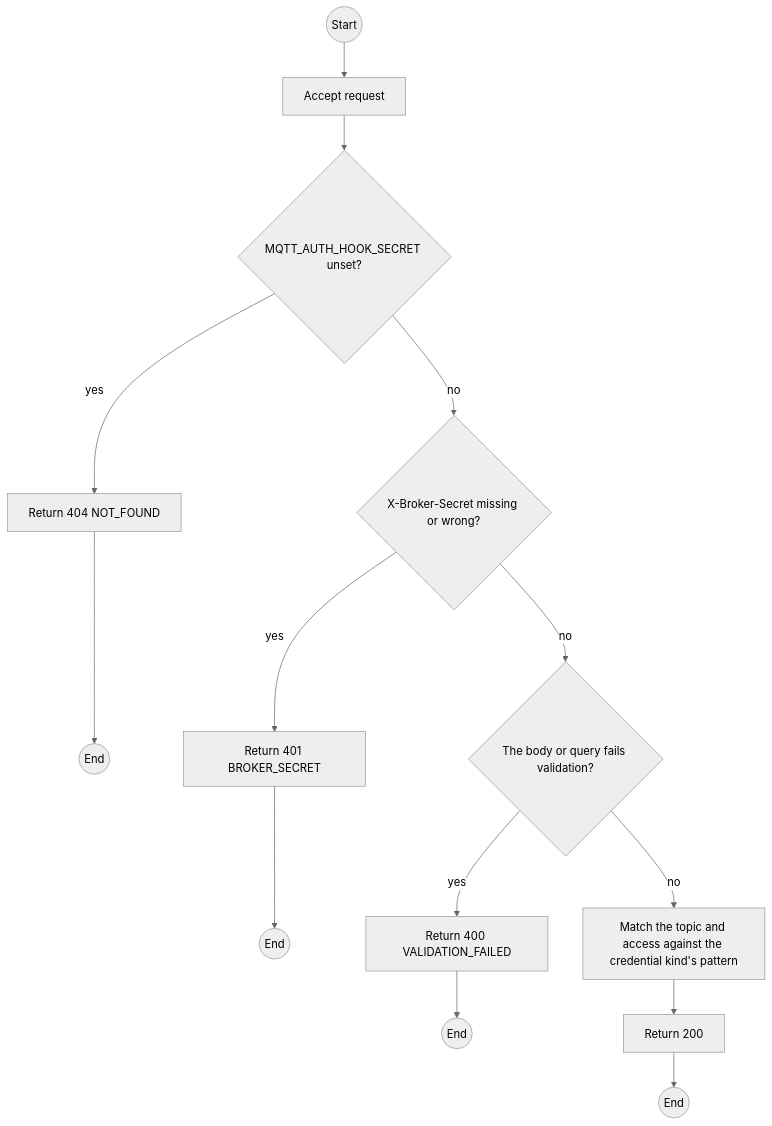
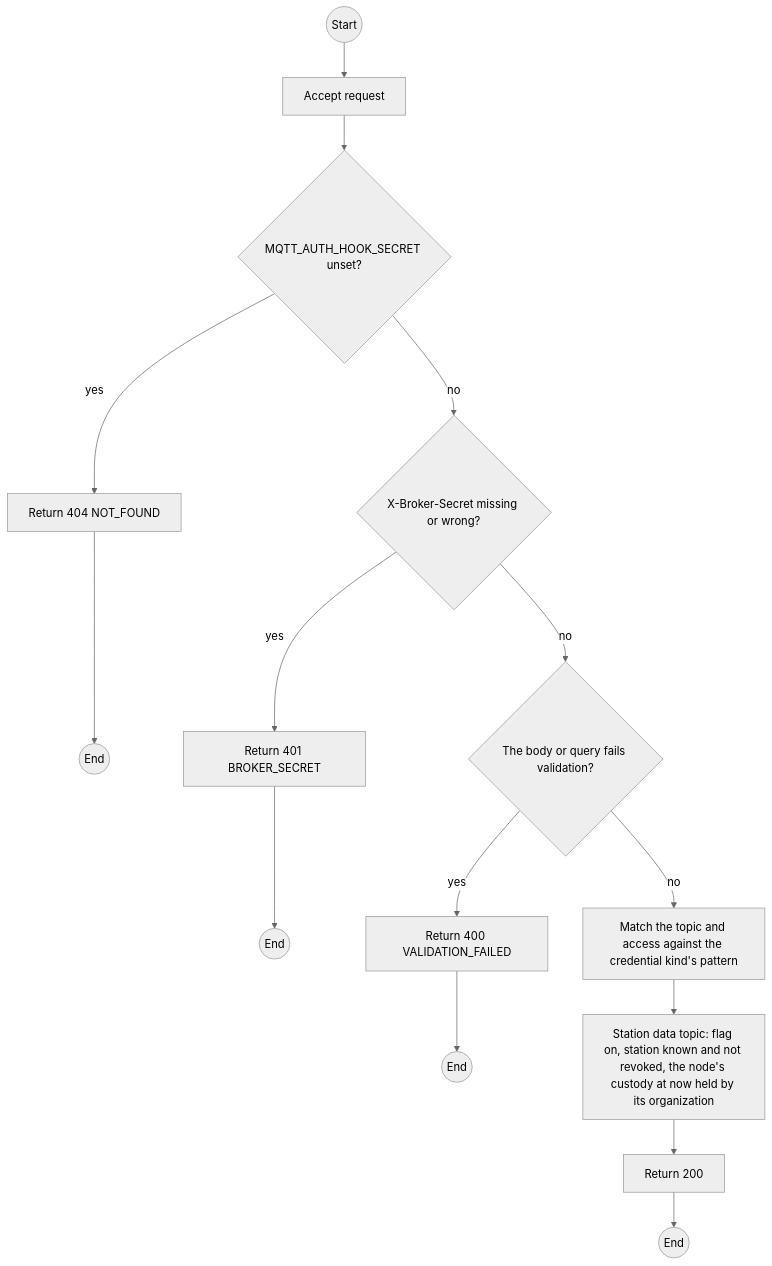
The first of 2 diagrams in specs/gateway-sync/api-design/02-post-internal-mqtt-acl.md (TrekLink-Team/treklink-web), drawn with Mermaid (neutral theme) before and after one commit. The commit also changed other lines of this file and 5 other files, not shown here.

First line of the commit message:
docs: gate Field Station uplinks behind a flag and the custody of its organization

````diff
--- a/specs/gateway-sync/api-design/02-post-internal-mqtt-acl.md
+++ b/specs/gateway-sync/api-design/02-post-internal-mqtt-acl.md
@@ -132,26 +132,28 @@
 ```mermaid
 flowchart TB
     S((Start))
     A0["Accept request"]
     S --> A0
     G0{"MQTT_AUTH_HOOK_SECRET unset?"}
     A0 --> G0
     GE0["Return 404 NOT_FOUND"]
     G0 -->|yes| GE0
     GE0 --> GX0((End))
     G1{"X-Broker-Secret missing or wrong?"}
     G0 -->|no| G1
     GE1["Return 401 BROKER_SECRET"]
     G1 -->|yes| GE1
     GE1 --> GX1((End))
     D1{"The body or query fails validation?"}
     G1 -->|no| D1
     E1["Return 400 VALIDATION_FAILED"]
     D1 -->|yes| E1
     E1 --> X1((End))
     P0["Match the topic and access against the credential kind's pattern"]
     D1 -->|no| P0
+    P1["Station data topic: flag on, station known and not revoked, the node's custody at now held by its organization"]
+    P0 --> P1
     OK["Return 200"]
-    P0 --> OK
+    P1 --> OK
     OK --> Z((End))
 ```
````
